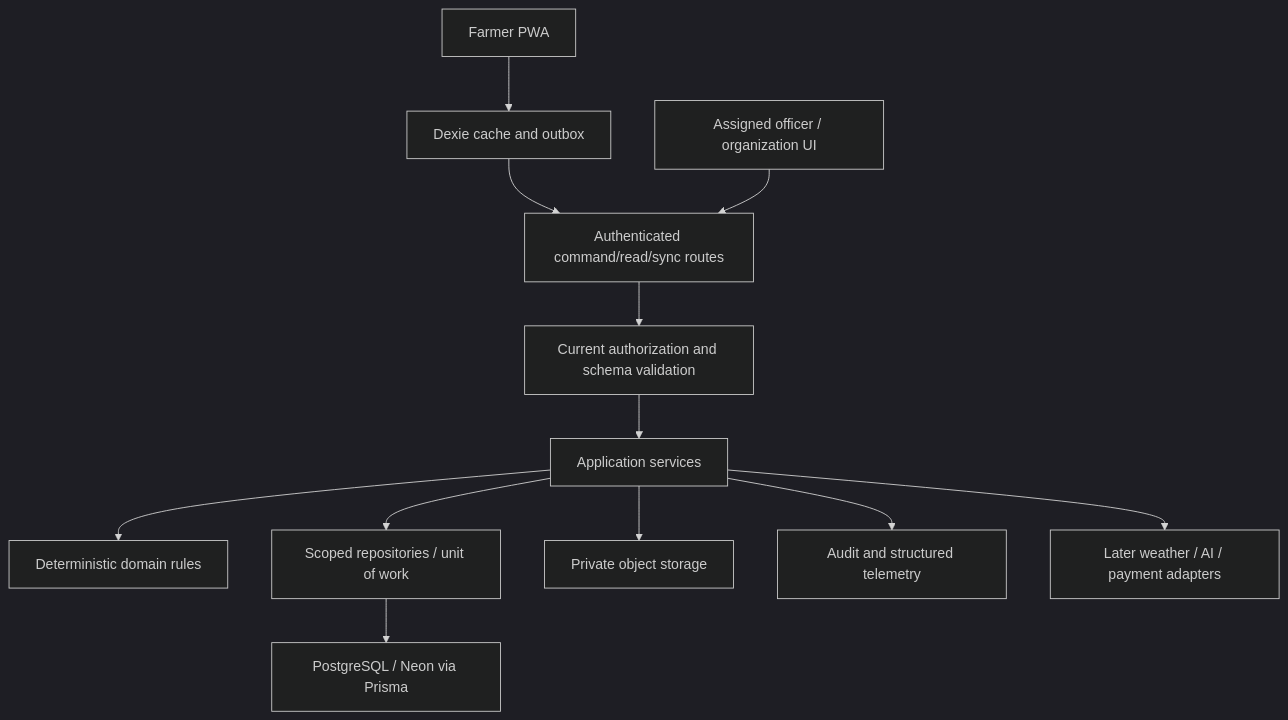
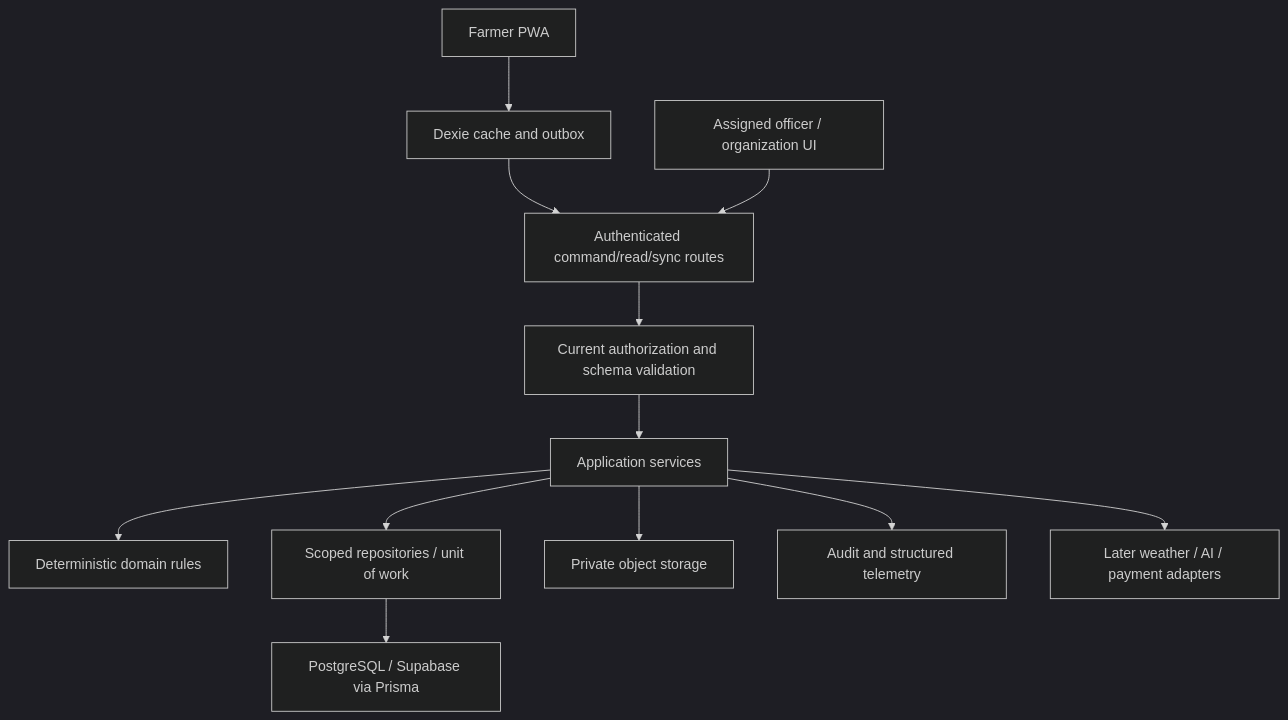
The diagram in docs/architecture/system-architecture.md (WilsoftTech/MyFarm), drawn with Mermaid (dark theme) before and after one commit. The commit also changed other lines of this file and 84 other files, not shown here.

````diff
--- a/docs/architecture/system-architecture.md
+++ b/docs/architecture/system-architecture.md
@@ -15,14 +15,14 @@
 ```mermaid
 flowchart TD
   Farmer["Farmer PWA"] --> Local["Dexie cache and outbox"]
   Local --> API["Authenticated command/read/sync routes"]
   Operator["Assigned officer / organization UI"] --> API
   API --> Policy["Current authorization and schema validation"]
   Policy --> Service["Application services"]
   Service --> Domain["Deterministic domain rules"]
   Service --> Repo["Scoped repositories / unit of work"]
-  Repo --> DB["PostgreSQL / Neon via Prisma"]
+  Repo --> DB["PostgreSQL / Supabase via Prisma"]
   Service --> Media["Private object storage"]
   Service --> Audit["Audit and structured telemetry"]
   Service --> Adapter["Later weather / AI / payment adapters"]
 ```
````
